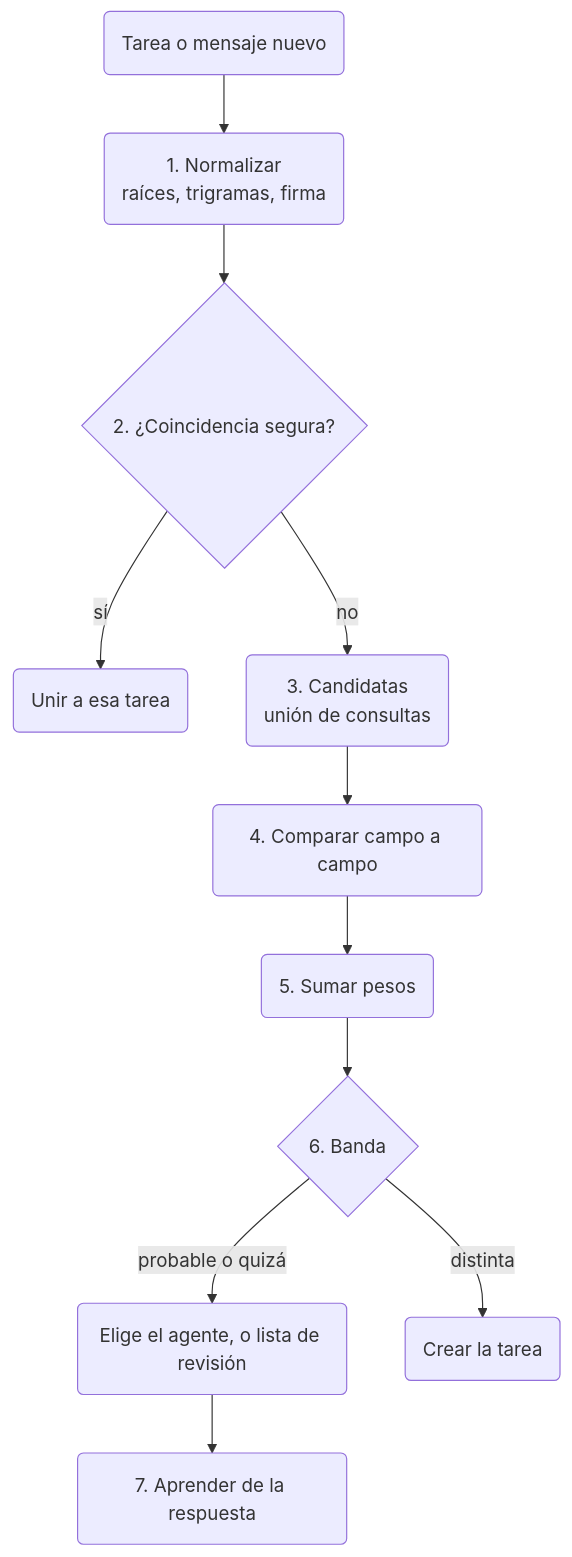
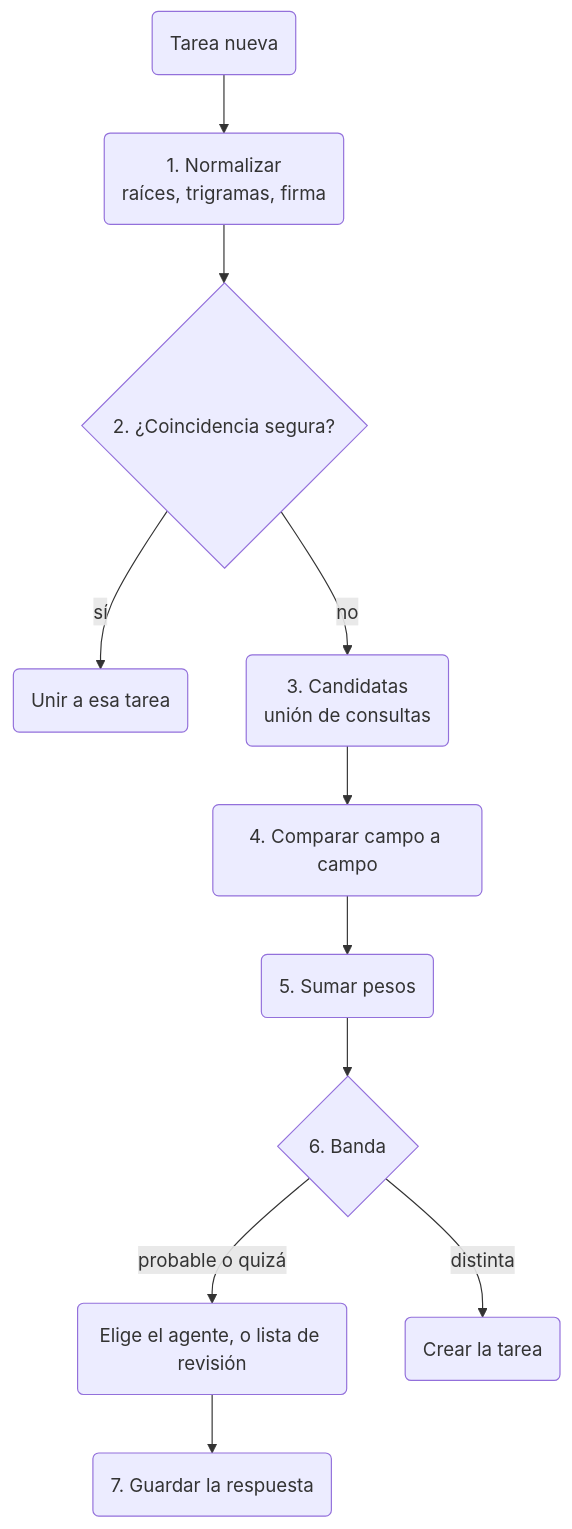
The diagram in content/docs/tasks-architecture.es.mdx (WireCatLabs/cli-docs), drawn with Mermaid before and after one commit. The commit also changed other lines of this file and 5 other files, not shown here.

````diff
--- a/content/docs/tasks-architecture.es.mdx
+++ b/content/docs/tasks-architecture.es.mdx
@@ -95,13 +138,13 @@
 ```mermaid Cómo se comprueba si una tarea nueva es un duplicado
 graph TD
-  New("Tarea o mensaje nuevo") --> Norm("1. Normalizar<br>raíces, trigramas, firma")
+  New("Tarea nueva") --> Norm("1. Normalizar<br>raíces, trigramas, firma")
   Norm --> Certain{"2. ¿Coincidencia segura?"}
   Certain -->|"sí"| Attach("Unir a esa tarea")
   Certain -->|"no"| Cand("3. Candidatas<br>unión de consultas")
   Cand --> Compare("4. Comparar campo a campo")
   Compare --> Score("5. Sumar pesos")
   Score --> Decide{"6. Banda"}
   Decide -->|"probable o quizá"| Ask("Elige el agente, o lista de revisión")
   Decide -->|"distinta"| Create("Crear la tarea")
-  Ask --> Learn("7. Aprender de la respuesta")
+  Ask --> Learn("7. Guardar la respuesta")
 ```
````
